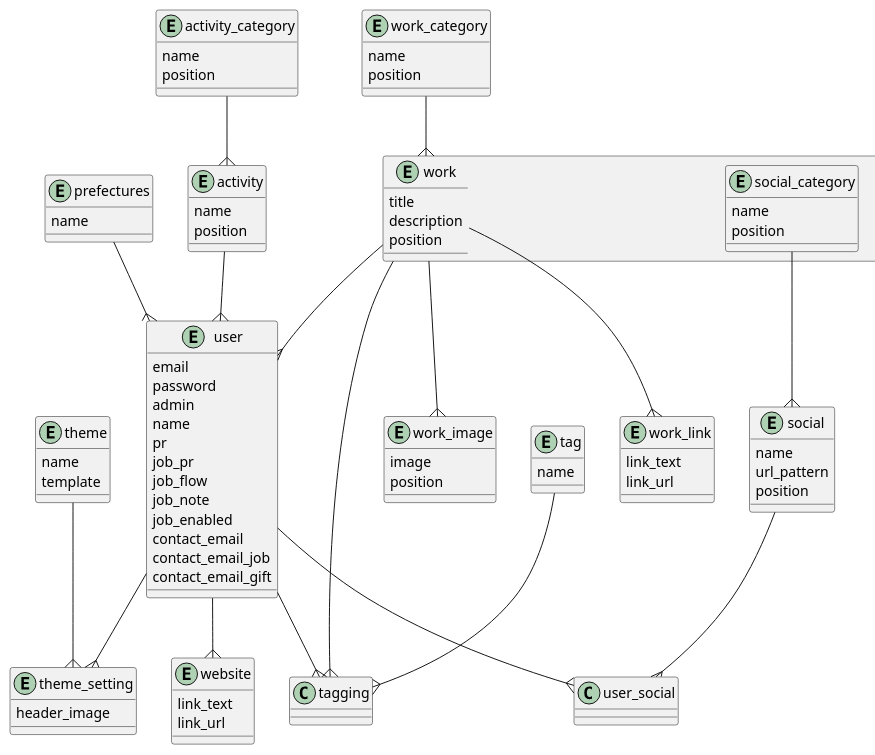
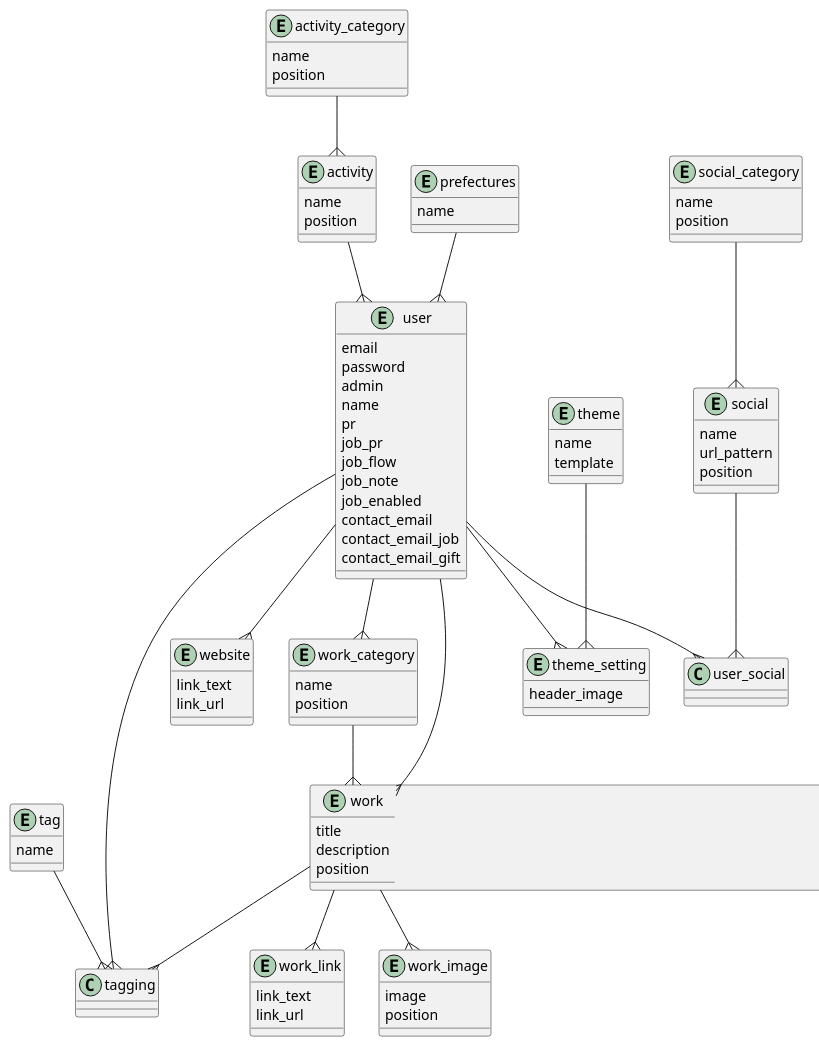
Before and after one commit to kenchiki/rails-mastodon-portfolio2: the diagram in er.puml, drawn with PlantUML. The commit also changed 110 other files, not shown here.

```diff
--- a/er.puml
+++ b/er.puml
@@ -1,99 +1,100 @@
 @startuml
 
 entity "user" {
   email
   password
   admin
   name
   pr
   job_pr
   job_flow
   job_note
   job_enabled
   contact_email
   contact_email_job
   contact_email_gift
 }
 
 entity "work" {
   title
   description
   position
 }
 
 entity "work_image" {
   image
   position
 }
 
 entity "work_link" {
   link_text
   link_url
 }
 
 entity "social_category" {
   name
   position
 }
 
 entity "social" {
   name
   url_pattern
   position
 }
 
 entity "work_category" {
   name
   position
 }
 
 entity "prefectures" {
   name
 }
 
 entity "theme" {
   name
   template
 }
 
 entity "theme_setting" {
   header_image
 }
 
 entity "activity" {
   name
   position
 }
 
 entity "activity_category" {
   name
   position
 }
 
 entity "website" {
   link_text
   link_url
 }
 
 entity "tag" {
   name
 }
 
 theme--{theme_setting
 user--{theme_setting
 prefectures--{user
-work--{user
+user--{work
 work--{work_link
 work--{work_image
 work_category--{work
 user--{tagging
 tag--{tagging
 work--{tagging
 user--{user_social
 social--{user_social
 social_category--{social
 user--{website
 activity--{user
 activity_category--{activity
+user--{work_category
 
 @enduml
```
